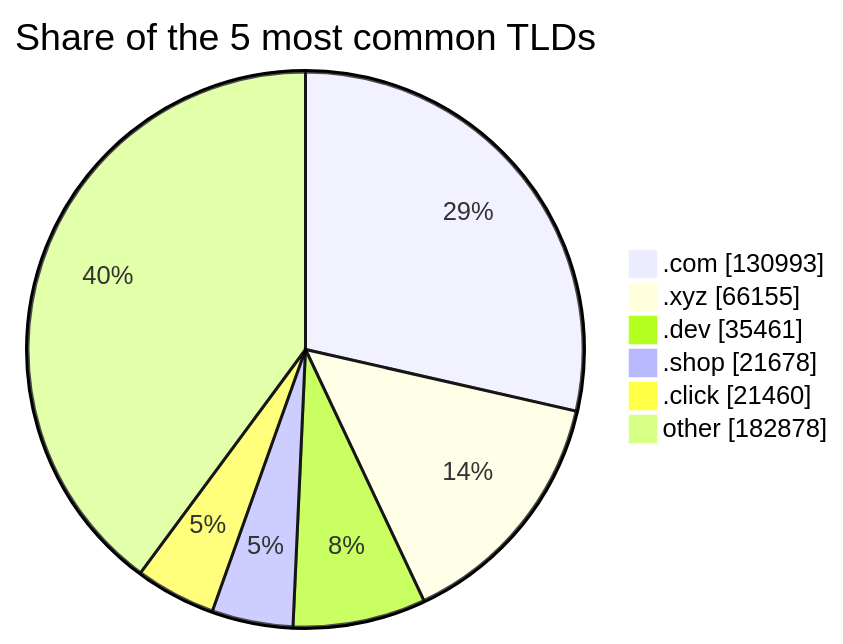
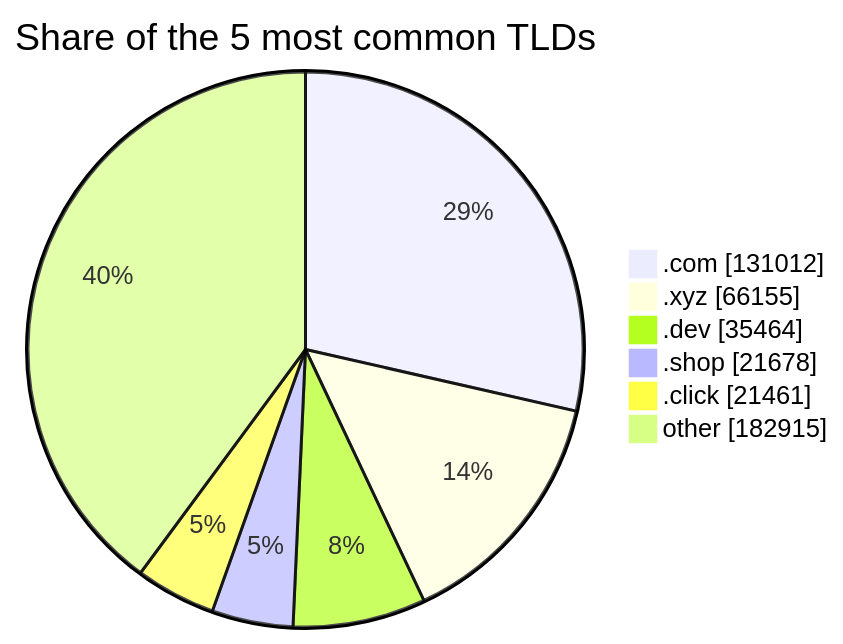
Before and after one commit to DNSBunker/CTI: the third of 3 diagrams in README.md, drawn with Mermaid. The commit also changed other lines of this file and 3 other files, not shown here.

````diff
--- a/README.md
+++ b/README.md
@@ -81,9 +81,9 @@
 ```mermaid
 pie showData title Share of the 5 most common TLDs
-    ".com" : 130993
+    ".com" : 131012
     ".xyz" : 66155
-    ".dev" : 35461
+    ".dev" : 35464
     ".shop" : 21678
-    ".click" : 21460
-    "other" : 182878
+    ".click" : 21461
+    "other" : 182915
 ```
````
